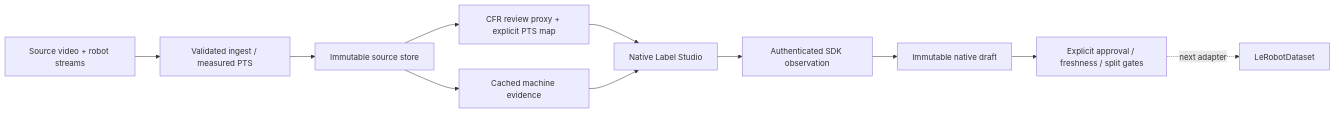
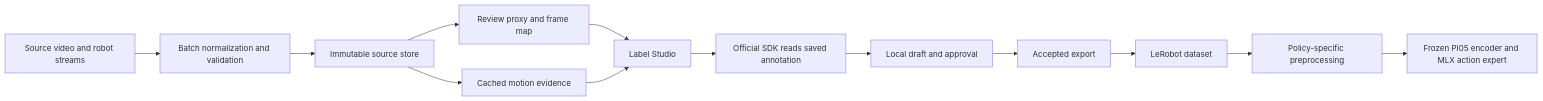
One commit to dyl-joseph/auto-robo-pipeline changed the diagram in docs/architecture.md. Above: the diagram before and after it, drawn with Mermaid. The commit also changed other lines of this file and 29 other files, not shown here.

````diff
--- a/docs/architecture.md
+++ b/docs/architecture.md
@@ -5,13 +5,15 @@
 ```mermaid
 flowchart LR
-  A[Source video + robot streams] --> B[Validated ingest / measured PTS]
+  A[Source video and robot streams] --> B[Batch normalization and validation]
   B --> C[Immutable source store]
-  C --> D[CFR review proxy + explicit PTS map]
-  C --> E[Cached machine evidence]
-  D --> F[Native Label Studio]
+  C --> D[Review proxy and frame map]
+  C --> E[Cached motion evidence]
+  D --> F[Label Studio]
   E --> F
-  F --> G[Authenticated SDK observation]
-  G --> H[Immutable native draft]
-  H --> I[Explicit approval / freshness / split gates]
-  I -. next adapter .-> J[LeRobotDataset]
+  F --> G[Official SDK reads saved annotation]
+  G --> H[Local draft and approval]
+  H --> I[Accepted export]
+  I --> J[LeRobot dataset]
+  J --> K[Policy-specific preprocessing]
+  K --> L[Frozen PI05 encoder and MLX action expert]
 ```
````
